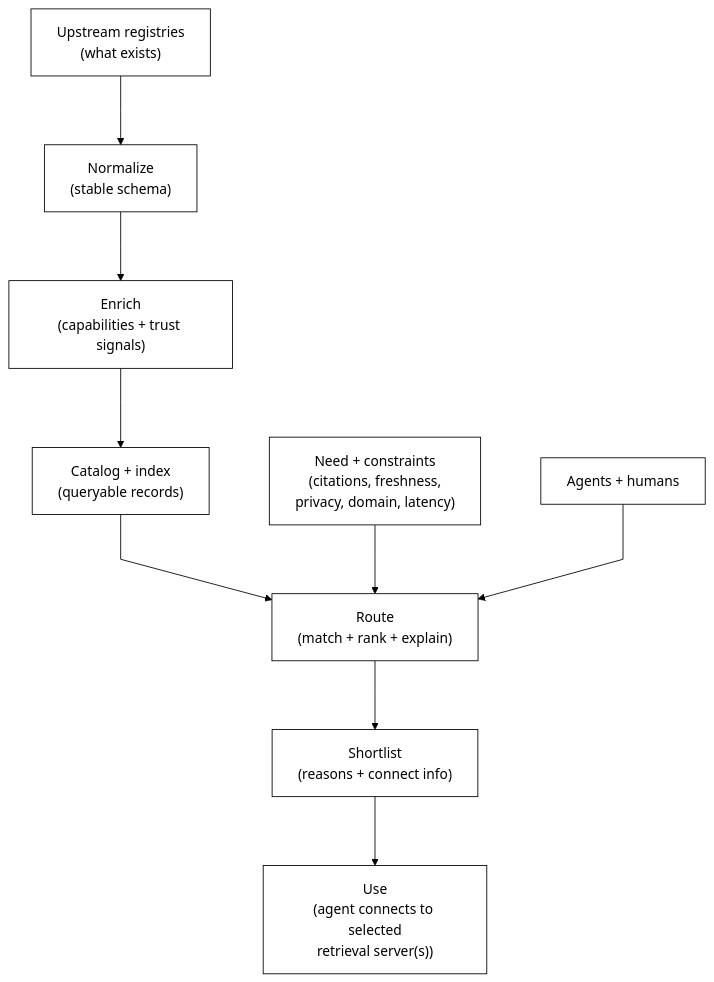
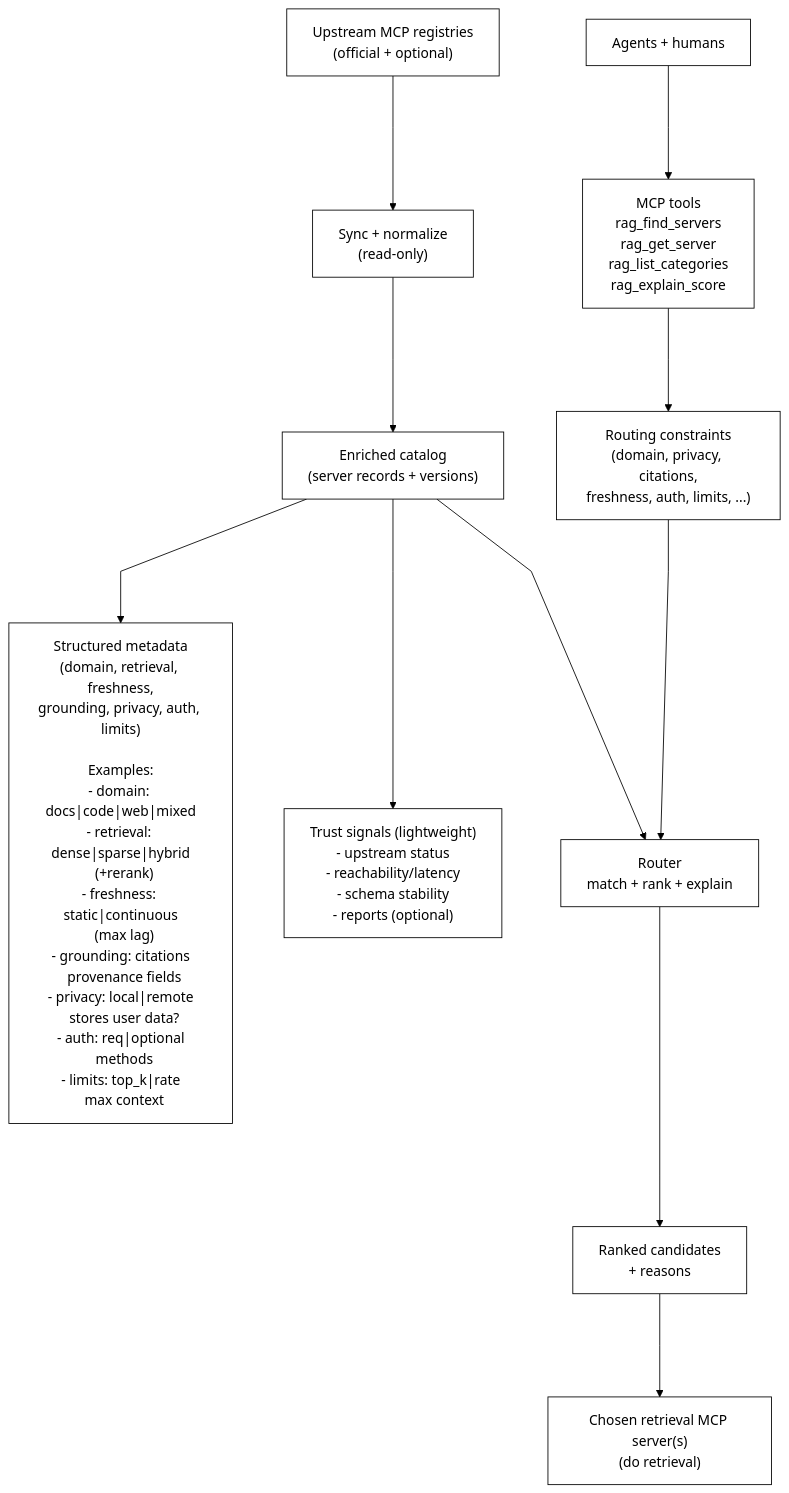
Before and after one commit to khalidsaidi/ragmap: the diagram in docs/diagrams/ragmap-architecture.mmd, drawn with Mermaid. The commit also changed 2 other files, not shown here.

Commit message:
docs: improve concept diagram (metadata + tools + constraints)

```diff
--- a/docs/diagrams/ragmap-architecture.mmd
+++ b/docs/diagrams/ragmap-architecture.mmd
@@ -1,20 +1,26 @@
-%%{init: {"theme":"base","themeVariables":{"primaryColor":"#ffffff","primaryTextColor":"#000000","primaryBorderColor":"#000000","lineColor":"#000000","secondaryColor":"#ffffff","tertiaryColor":"#ffffff","clusterBkg":"#ffffff","clusterBorder":"#000000","edgeLabelBackground":"#ffffff"},"flowchart":{"curve":"linear","nodeSpacing":70,"rankSpacing":80}}}%%
-flowchart TD
-  %% Concept-only diagram (shows value; no deployment/framework/datastore details)
+%%{init: {"theme":"base","themeVariables":{"primaryColor":"#ffffff","primaryTextColor":"#000000","primaryBorderColor":"#000000","lineColor":"#000000","secondaryColor":"#ffffff","tertiaryColor":"#ffffff","clusterBkg":"#ffffff","clusterBorder":"#000000","edgeLabelBackground":"#ffffff"},"flowchart":{"curve":"linear","nodeSpacing":60,"rankSpacing":120}}}%%
+flowchart TB
+  %% Concept-only diagram (shows product value; no deployment/framework/datastore details)
 
   classDef mono fill:#ffffff,stroke:#000000,color:#000000,stroke-width:1px;
 
-  Sources["Upstream registries\n(what exists)"]:::mono
-  Normalize["Normalize\n(stable schema)"]:::mono
-  Enrich["Enrich\n(capabilities + trust signals)"]:::mono
-  Catalog["Catalog + index\n(queryable records)"]:::mono
-  Router["Route\n(match + rank + explain)"]:::mono
-  Output["Shortlist\n(reasons + connect info)"]:::mono
-  Use["Use\n(agent connects to selected\nretrieval server(s))"]:::mono
+  Sources["Upstream MCP registries\n(official + optional)"]:::mono
+  Sync["Sync + normalize\n(read-only)"]:::mono
+  Catalog["Enriched catalog\n(server records + versions)"]:::mono
 
-  Need["Need + constraints\n(citations, freshness,\nprivacy, domain, latency)"]:::mono
-  Consumers["Agents + humans"]:::mono
+  Cap["Structured metadata\n(domain, retrieval, freshness,\ngrounding, privacy, auth, limits)\n\nExamples:\n- domain: docs|code|web|mixed\n- retrieval: dense|sparse|hybrid\n  (+rerank)\n- freshness: static|continuous\n  (max lag)\n- grounding: citations\n  provenance fields\n- privacy: local|remote\n  stores user data?\n- auth: req|optional\n  methods\n- limits: top_k|rate\n  max context"]:::mono
 
-  Sources --> Normalize --> Enrich --> Catalog --> Router --> Output --> Use
-  Need --> Router
-  Consumers --> Router
+  Trust["Trust signals (lightweight)\n- upstream status\n- reachability/latency\n- schema stability\n- reports (optional)"]:::mono
+
+  Router["Router\nmatch + rank + explain"]:::mono
+  Ranked["Ranked candidates\n+ reasons"]:::mono
+  Retrieval["Chosen retrieval MCP server(s)\n(do retrieval)"]:::mono
+
+  Users["Agents + humans"]:::mono
+  Tools["MCP tools\nrag_find_servers\nrag_get_server\nrag_list_categories\nrag_explain_score"]:::mono
+  Criteria["Routing constraints\n(domain, privacy, citations,\nfreshness, auth, limits, ...)"]:::mono
+
+  Sources --> Sync --> Catalog --> Router --> Ranked --> Retrieval
+  Catalog --> Cap
+  Catalog --> Trust
+  Users --> Tools --> Criteria --> Router
```
